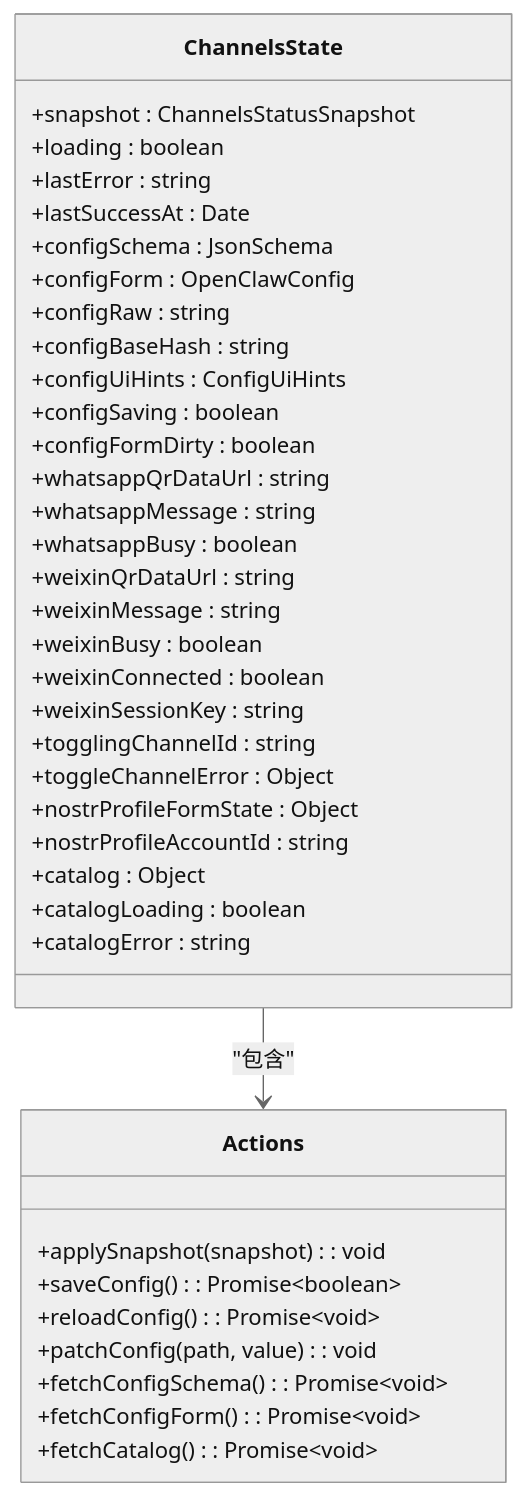
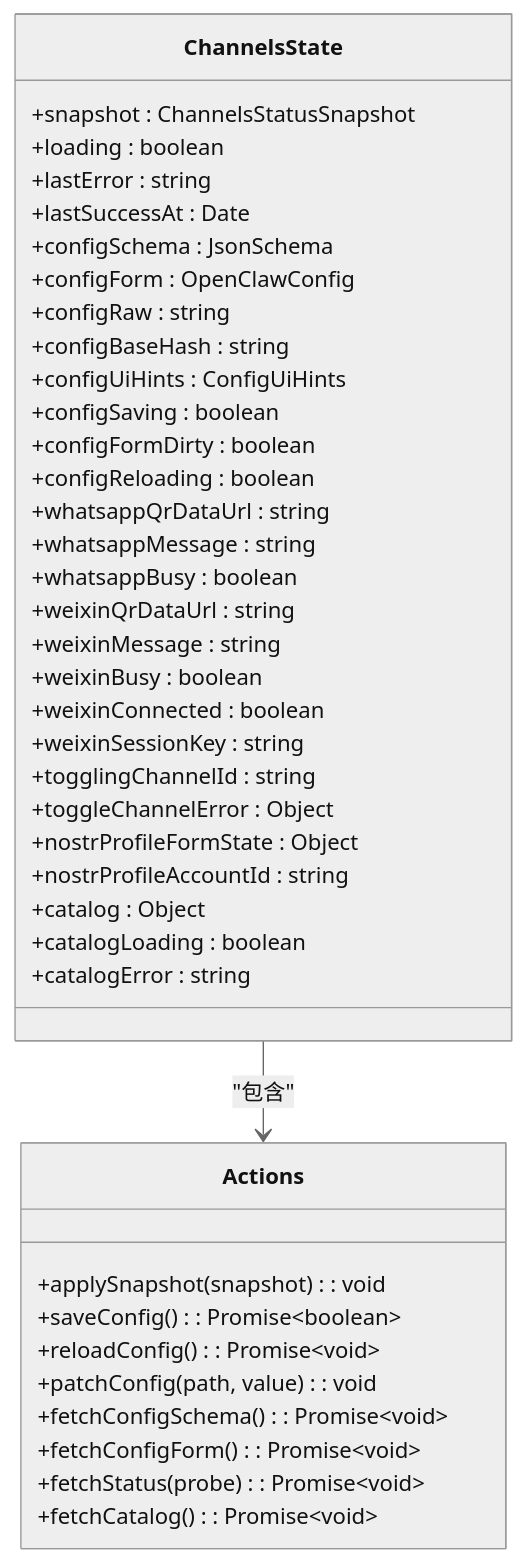
The sixth of 8 diagrams in .qoder/repowiki/zh/content/Web界面/UI组件系统/绑定通道配置表单.md (verse-ai-org/openclaw), drawn with Mermaid (neutral theme) before and after one commit. The commit also changed other lines of this file and 86 other files, not shown here.

````diff
--- a/.qoder/repowiki/zh/content/Web界面/UI组件系统/绑定通道配置表单.md
+++ b/.qoder/repowiki/zh/content/Web界面/UI组件系统/绑定通道配置表单.md
@@ -272,41 +292,43 @@
 ```mermaid
 classDiagram
 class ChannelsState {
 +snapshot : ChannelsStatusSnapshot
 +loading : boolean
 +lastError : string
 +lastSuccessAt : Date
 +configSchema : JsonSchema
 +configForm : OpenClawConfig
 +configRaw : string
 +configBaseHash : string
 +configUiHints : ConfigUiHints
 +configSaving : boolean
 +configFormDirty : boolean
++configReloading : boolean
 +whatsappQrDataUrl : string
 +whatsappMessage : string
 +whatsappBusy : boolean
 +weixinQrDataUrl : string
 +weixinMessage : string
 +weixinBusy : boolean
 +weixinConnected : boolean
 +weixinSessionKey : string
 +togglingChannelId : string
 +toggleChannelError : Object
 +nostrProfileFormState : Object
 +nostrProfileAccountId : string
 +catalog : Object
 +catalogLoading : boolean
 +catalogError : string
 }
 class Actions {
 +applySnapshot(snapshot) : void
 +saveConfig() : Promise~boolean~
 +reloadConfig() : Promise~void~
 +patchConfig(path, value) : void
 +fetchConfigSchema() : Promise~void~
 +fetchConfigForm() : Promise~void~
++fetchStatus(probe) : Promise~void~
 +fetchCatalog() : Promise~void~
 }
 ChannelsState --> Actions : "包含"
 ```
````
